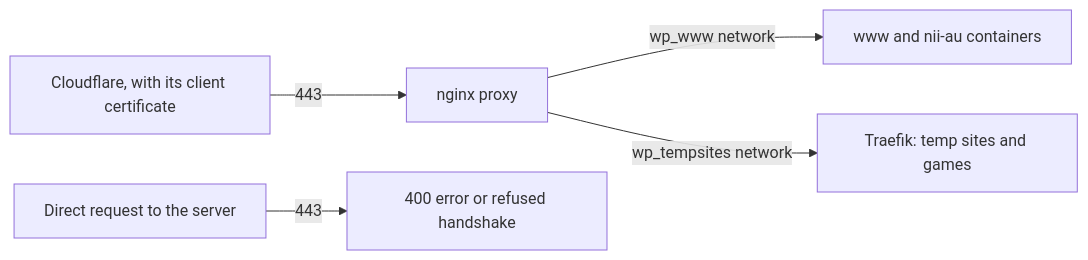
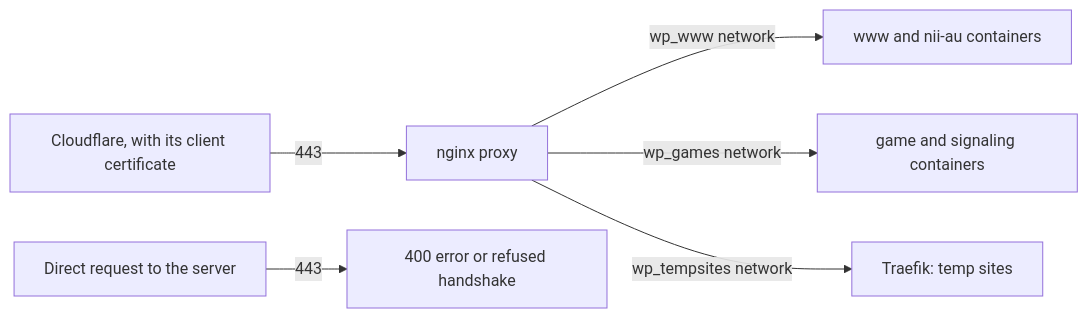
Before and after one commit to whenparty/whenparty: the diagram in infra/README.md, drawn with Mermaid. The commit also changed 42 other files, not shown here.

First line of the commit message:
games: route the games with nginx, without Traefik

````diff
--- a/infra/README.md
+++ b/infra/README.md
@@ -7,7 +7,8 @@
 ```mermaid
 flowchart LR
   cloudflare["Cloudflare, with its client certificate"] -->|443| nginx[nginx proxy]
   direct[Direct request to the server] -->|443| reject["400 error or refused handshake"]
   nginx -->|wp_www network| sites["www and nii-au containers"]
-  nginx -->|wp_tempsites network| traefik["Traefik: temp sites and games"]
+  nginx -->|wp_games network| games["game and signaling containers"]
+  nginx -->|wp_tempsites network| traefik["Traefik: temp sites"]
 ```
````
